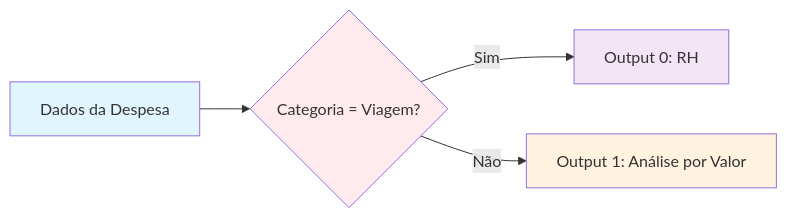
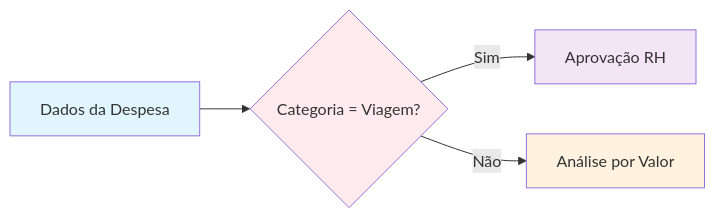
One commit to tatyquebralayout/n8n-Doc-PT-BR changed the eighth of 38 diagrams in docs/logica-e-dados/01-flow-logic/splitting.md. Above: the diagram before and after it, drawn with Mermaid. The commit also changed other lines of this file, not shown here.

````diff
--- a/docs/logica-e-dados/01-flow-logic/splitting.md
+++ b/docs/logica-e-dados/01-flow-logic/splitting.md
@@ -388,11 +388,11 @@
 ```mermaid
 graph LR
     A[Dados da Despesa] --> B{Categoria = Viagem?}
-    B -->|Sim| C[Output 0: RH]
-    B -->|Não| D[Output 1: Análise por Valor]
+    B -->|Sim| C[Aprovação RH]
+    B -->|Não| D[Análise por Valor]
     
     style A fill:#e1f5fe
     style B fill:#ffebee
     style C fill:#f3e5f5
     style D fill:#fff3e0
 ```
````
